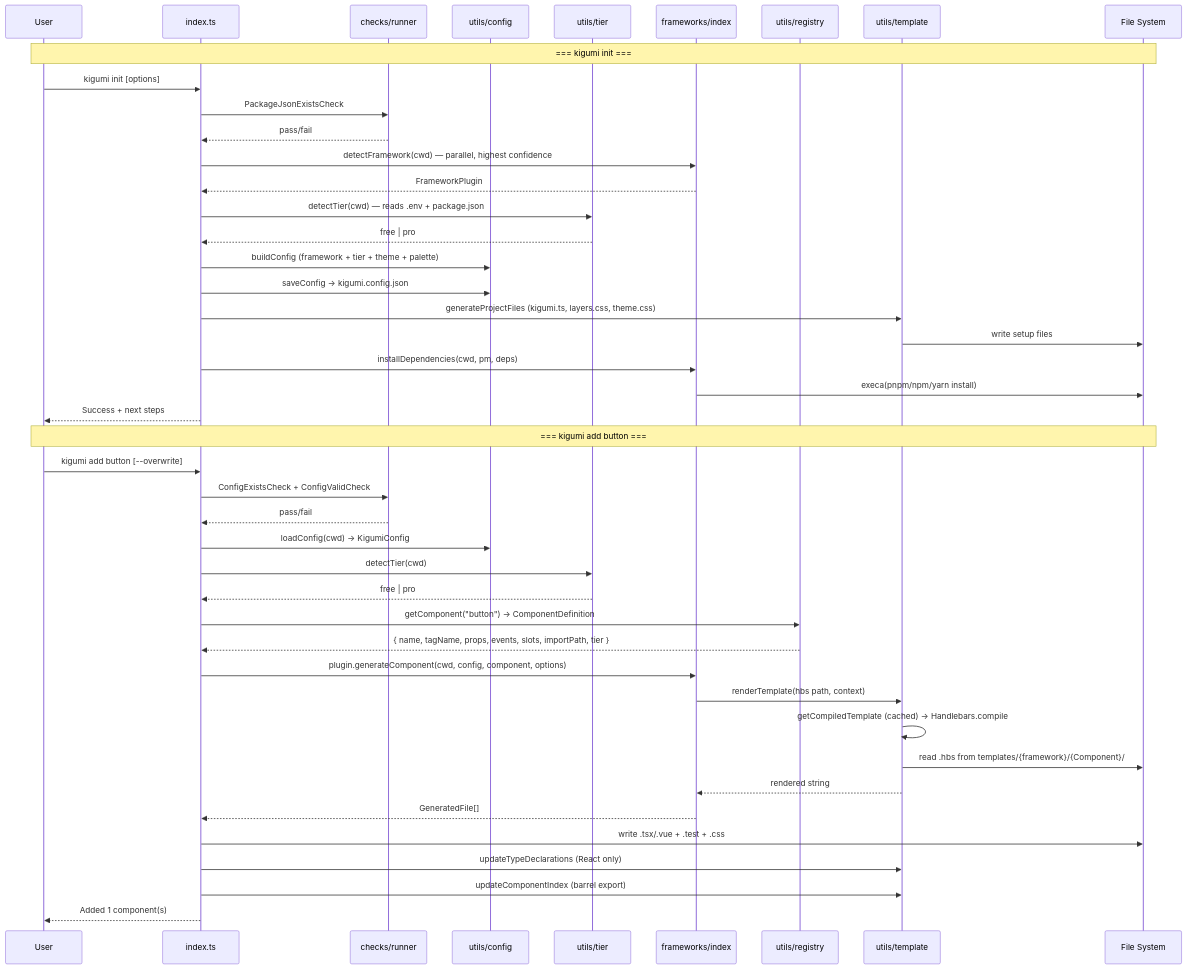
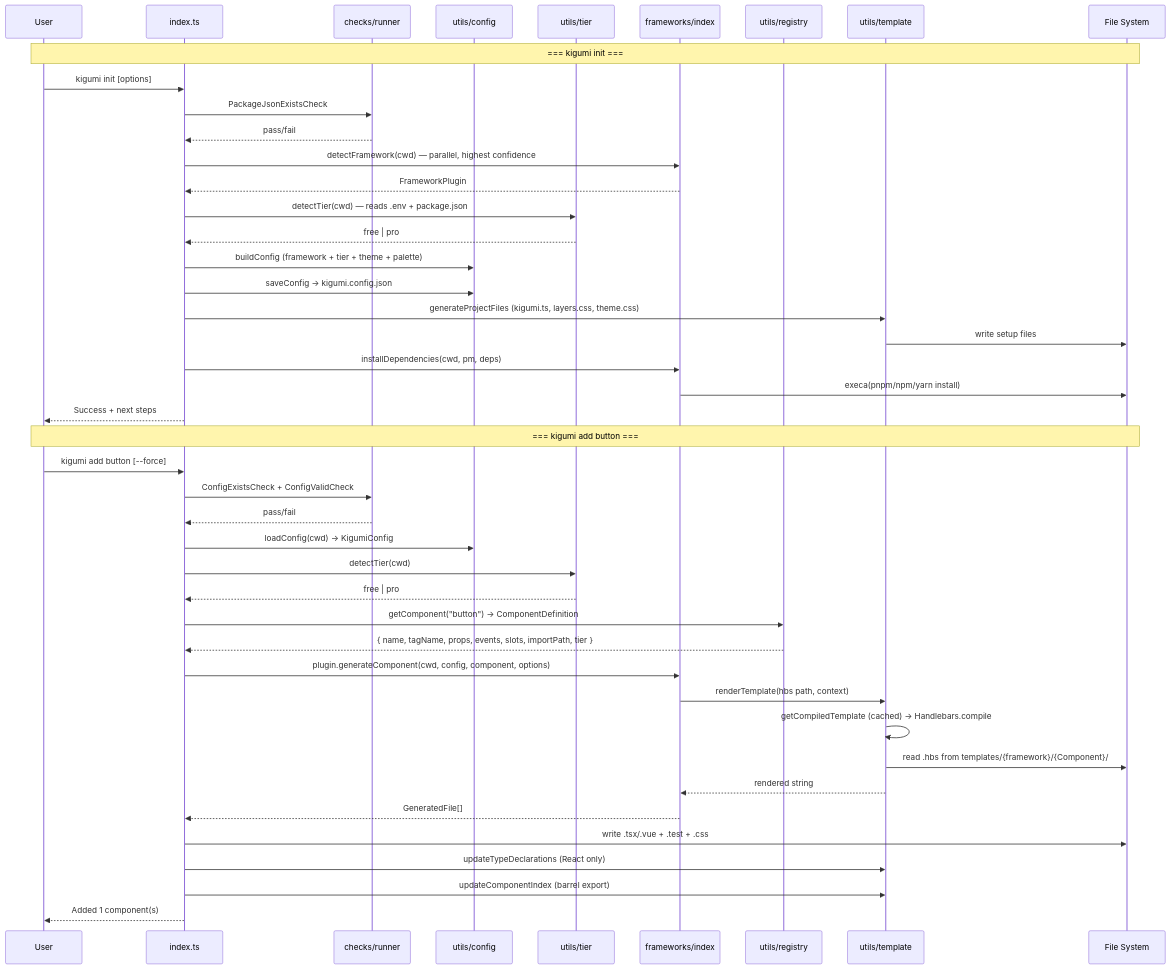
The diagram in .claude/diagrams/command-flows.mmd (kigumi-ui/kigumi-cli), drawn with Mermaid before and after one commit. The commit also changed 15 other files, not shown here.

```diff
--- a/.claude/diagrams/command-flows.mmd
+++ b/.claude/diagrams/command-flows.mmd
@@ -1,46 +1,46 @@
 sequenceDiagram
     participant User
     participant CLI as index.ts
     participant Checks as checks/runner
     participant Config as utils/config
     participant Tier as utils/tier
     participant FW as frameworks/index
     participant Reg as utils/registry
     participant Tpl as utils/template
     participant FS as File System
 
     Note over User,FS: === kigumi init ===
     User->>CLI: kigumi init [options]
     CLI->>Checks: PackageJsonExistsCheck
     Checks-->>CLI: pass/fail
     CLI->>FW: detectFramework(cwd) — parallel, highest confidence
     FW-->>CLI: FrameworkPlugin
     CLI->>Tier: detectTier(cwd) — reads .env + package.json
     Tier-->>CLI: free | pro
     CLI->>Config: buildConfig (framework + tier + theme + palette)
     CLI->>Config: saveConfig → kigumi.config.json
     CLI->>Tpl: generateProjectFiles (kigumi.ts, layers.css, theme.css)
     Tpl->>FS: write setup files
     CLI->>FW: installDependencies(cwd, pm, deps)
     FW->>FS: execa(pnpm/npm/yarn install)
     CLI-->>User: Success + next steps
 
     Note over User,FS: === kigumi add button ===
-    User->>CLI: kigumi add button [--overwrite]
+    User->>CLI: kigumi add button [--force]
     CLI->>Checks: ConfigExistsCheck + ConfigValidCheck
     Checks-->>CLI: pass/fail
     CLI->>Config: loadConfig(cwd) → KigumiConfig
     CLI->>Tier: detectTier(cwd)
     Tier-->>CLI: free | pro
     CLI->>Reg: getComponent("button") → ComponentDefinition
     Reg-->>CLI: { name, tagName, props, events, slots, importPath, tier }
     CLI->>FW: plugin.generateComponent(cwd, config, component, options)
     FW->>Tpl: renderTemplate(hbs path, context)
     Tpl->>Tpl: getCompiledTemplate (cached) → Handlebars.compile
     Tpl->>FS: read .hbs from templates/{framework}/{Component}/
     Tpl-->>FW: rendered string
     FW-->>CLI: GeneratedFile[]
     CLI->>FS: write .tsx/.vue + .test + .css
     CLI->>Tpl: updateTypeDeclarations (React only)
     CLI->>Tpl: updateComponentIndex (barrel export)
     CLI-->>User: Added 1 component(s)
```
